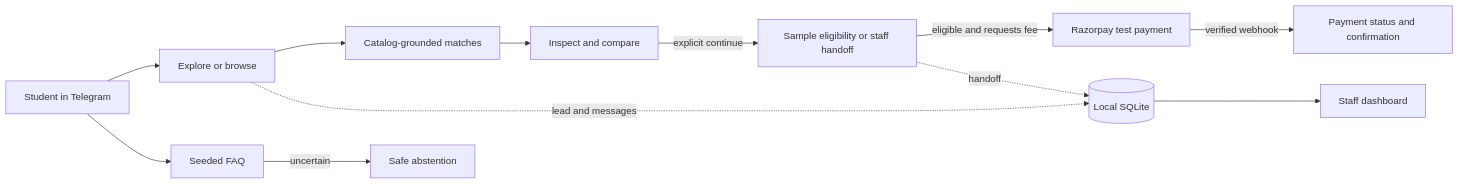
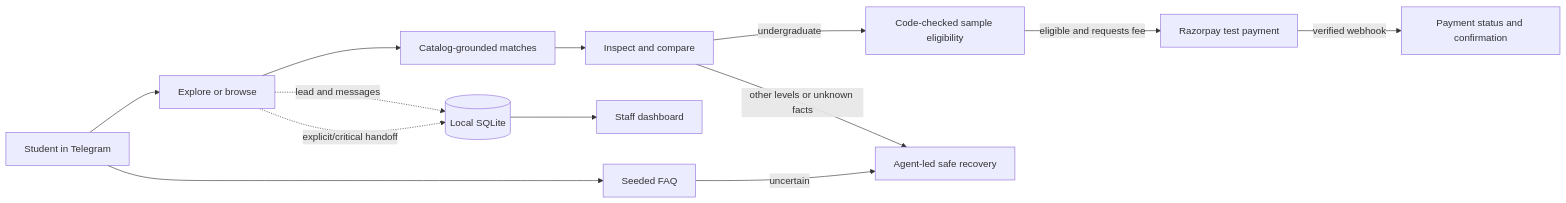
The first of 2 diagrams in README.md (Shan091/admitflow), drawn with Mermaid before and after one commit. The commit also changed other lines of this file and 9 other files, not shown here.

Commit message:
fix: keep routine guidance agent-led

````diff
--- a/README.md
+++ b/README.md
@@ -39,14 +39,15 @@
 ```mermaid
 flowchart LR
     S[Student in Telegram] --> D[Explore or browse]
     D --> R[Catalog-grounded matches]
     R --> I[Inspect and compare]
-    I -->|explicit continue| E[Sample eligibility or staff handoff]
+    I -->|undergraduate| E[Code-checked sample eligibility]
+    I -->|other levels or unknown facts| A[Agent-led safe recovery]
     E -->|eligible and requests fee| P[Razorpay test payment]
     P -->|verified webhook| C[Payment status and confirmation]
     S --> F[Seeded FAQ]
-    F -->|uncertain| A[Safe abstention]
+    F -->|uncertain| A[Agent-led safe recovery]
     D -. lead and messages .-> DB[(Local SQLite)]
-    E -. handoff .-> DB
+    D -. explicit/critical handoff .-> DB
     DB --> W[Staff dashboard]
 ```
````
